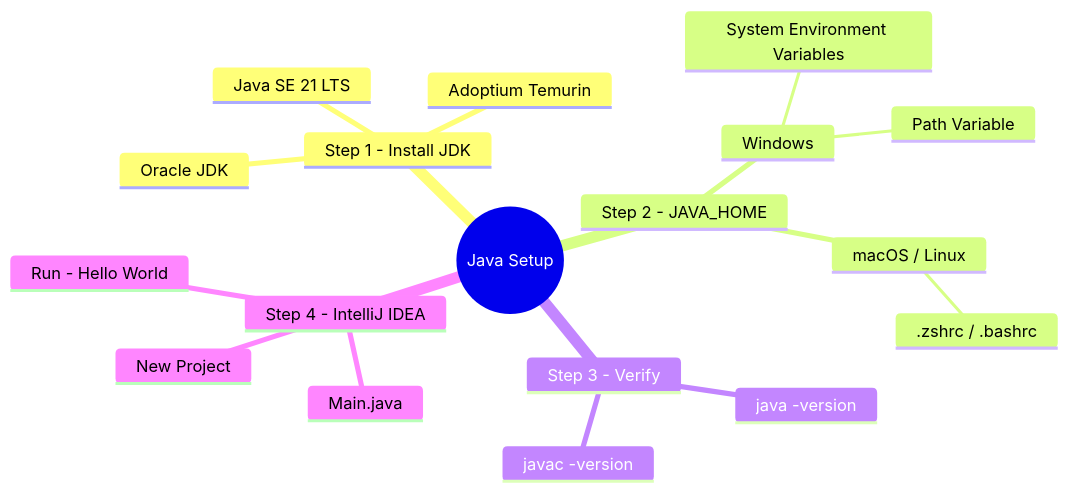
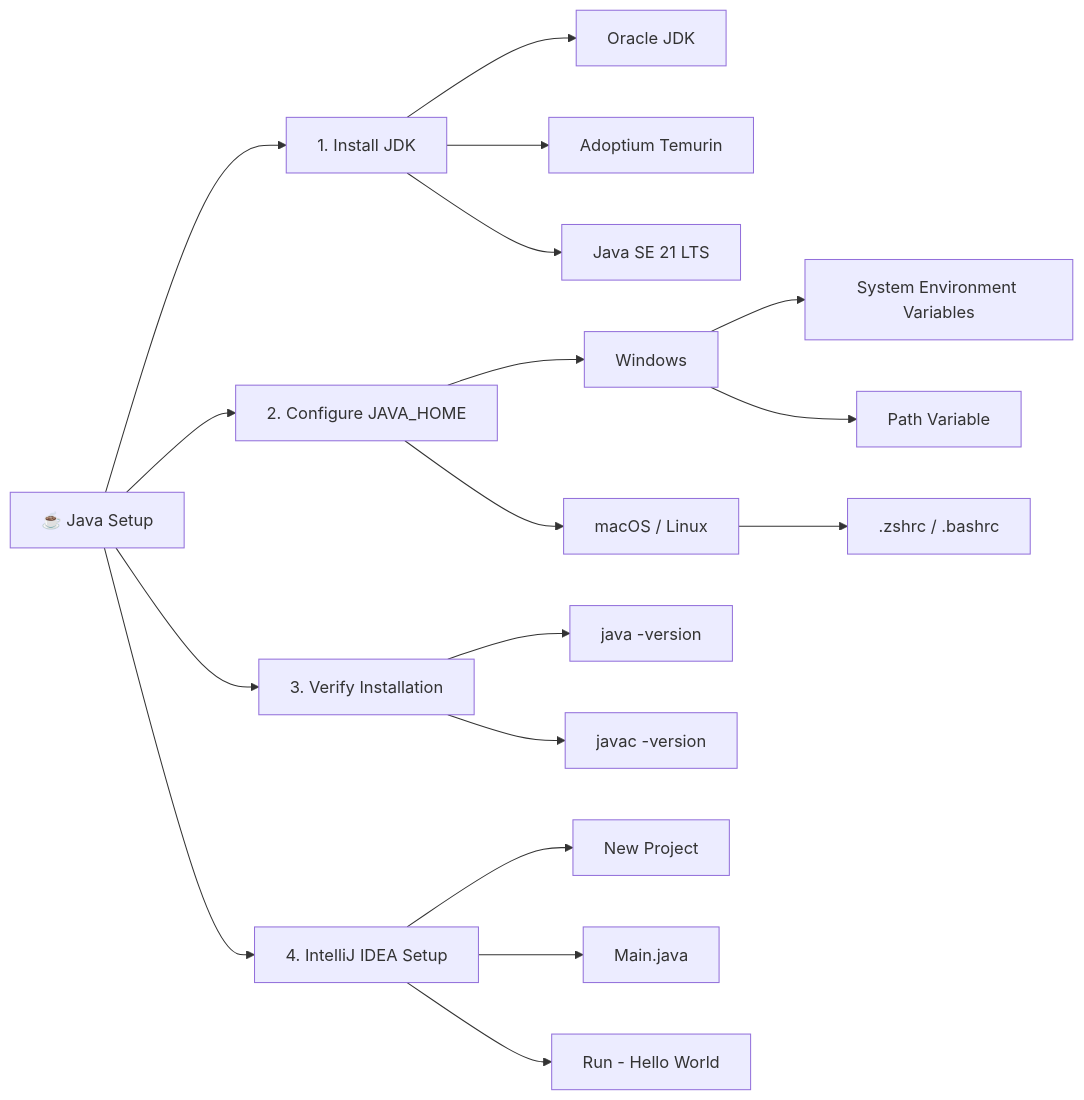
The diagram in 02. Setup & Installation/README.md (see-yaam/Object-Oriented-Programming-in-JAVA), drawn with Mermaid before and after one commit. The commit also changed other lines of this file, not shown here.

````diff
--- a/02. Setup & Installation/README.md
+++ b/02. Setup & Installation/README.md
@@ -14,21 +14,25 @@
 ```mermaid
-mindmap
-  root((Java Setup))
-    Step 1 - Install JDK
-      Oracle JDK
-      Adoptium Temurin
-      Java SE 21 LTS
-    Step 2 - JAVA_HOME
-      Windows
-        System Environment Variables
-        Path Variable
-      macOS / Linux
-        .zshrc / .bashrc
-    Step 3 - Verify
-      java -version
-      javac -version
-    Step 4 - IntelliJ IDEA
-      New Project
-      Main.java
-      Run - Hello World
+flowchart LR
+    Root["☕ Java Setup"]
+    Root --> S1["1. Install JDK"]
+    Root --> S2["2. Configure JAVA_HOME"]
+    Root --> S3["3. Verify Installation"]
+    Root --> S4["4. IntelliJ IDEA Setup"]
+ 
+    S1 --> S1a["Oracle JDK"]
+    S1 --> S1b["Adoptium Temurin"]
+    S1 --> S1c["Java SE 21 LTS"]
+ 
+    S2 --> S2a["Windows"]
+    S2a --> S2a1["System Environment Variables"]
+    S2a --> S2a2["Path Variable"]
+    S2 --> S2b["macOS / Linux"]
+    S2b --> S2b1[".zshrc / .bashrc"]
+ 
+    S3 --> S3a["java -version"]
+    S3 --> S3b["javac -version"]
+ 
+    S4 --> S4a["New Project"]
+    S4 --> S4b["Main.java"]
+    S4 --> S4c["Run - Hello World"]
 ```
````
